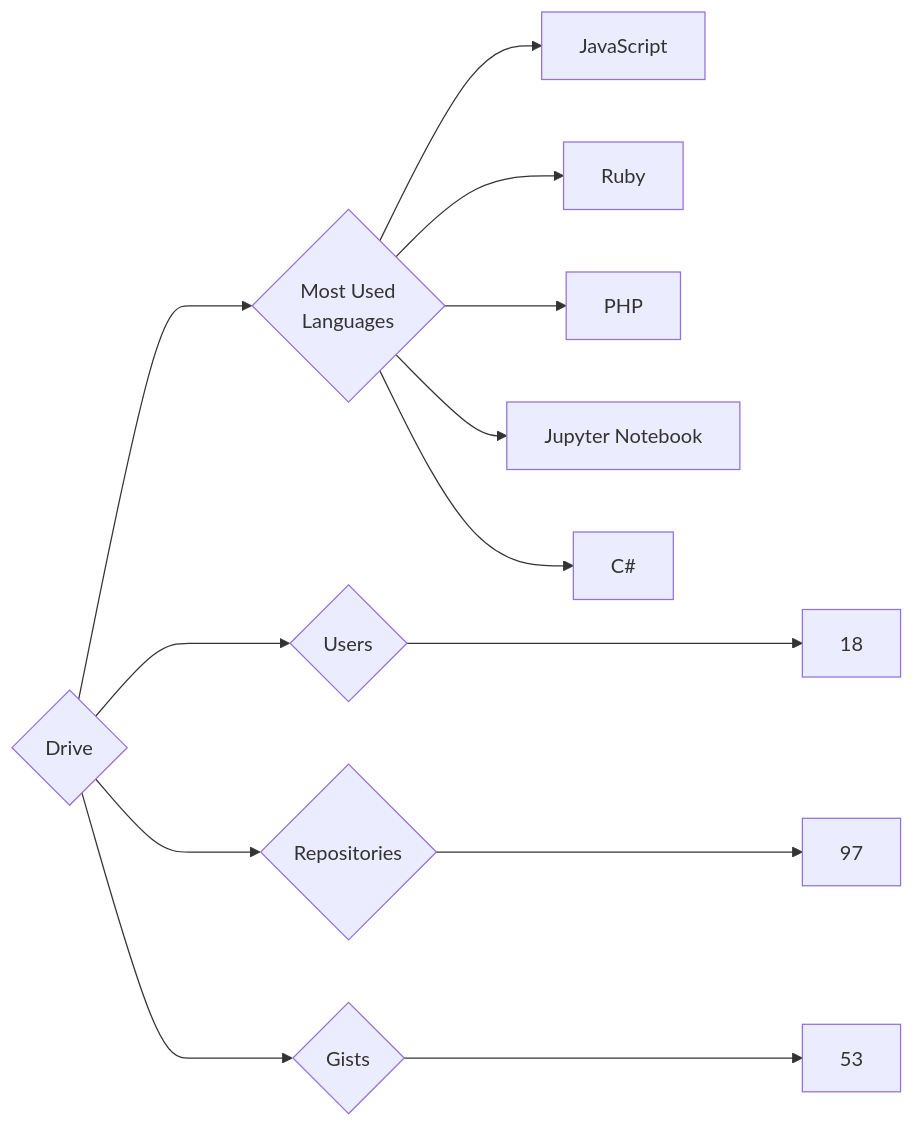
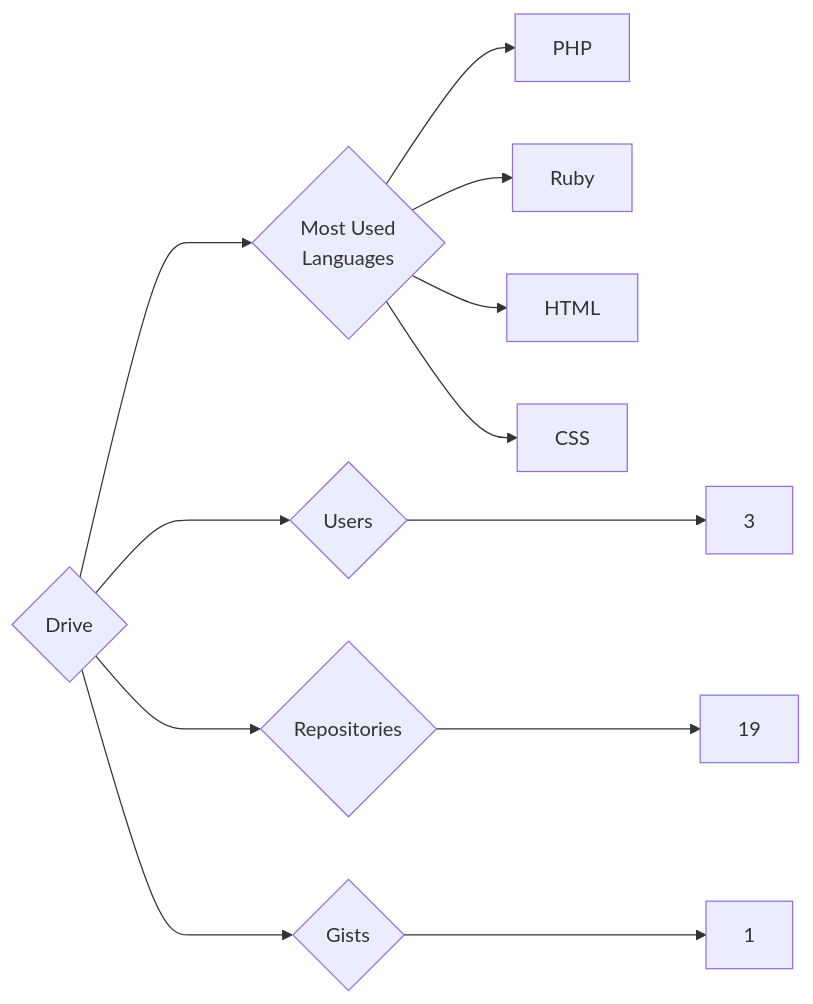
One commit to trickest/insiders changed the diagram in targets/Drive/README.md. Above: the diagram before and after it, drawn with Mermaid. The commit also changed 861 other files, not shown here.

````diff
--- a/targets/Drive/README.md
+++ b/targets/Drive/README.md
@@ -3,13 +3,12 @@
 ```mermaid
 graph LR
 COMPANY_NAME{Drive}
-COMPANY_NAME ---> U{Users} ---> UN[18]
-COMPANY_NAME ---> R{Repositories} ---> RN[97]
-COMPANY_NAME ---> G{Gists} ---> GN[53]
+COMPANY_NAME ---> U{Users} ---> UN[3]
+COMPANY_NAME ---> R{Repositories} ---> RN[19]
+COMPANY_NAME ---> G{Gists} ---> GN[1]
 COMPANY_NAME ---> ML{Most Used<br>Languages}
-ML --> JavaScript[JavaScript]
+ML --> PHP[PHP]
 ML --> Ruby[Ruby]
-ML --> PHP[PHP]
-ML --> Jupyter_Notebook[Jupyter Notebook]
-ML --> C#[C#]
+ML --> HTML[HTML]
+ML --> CSS[CSS]
 ```
````
